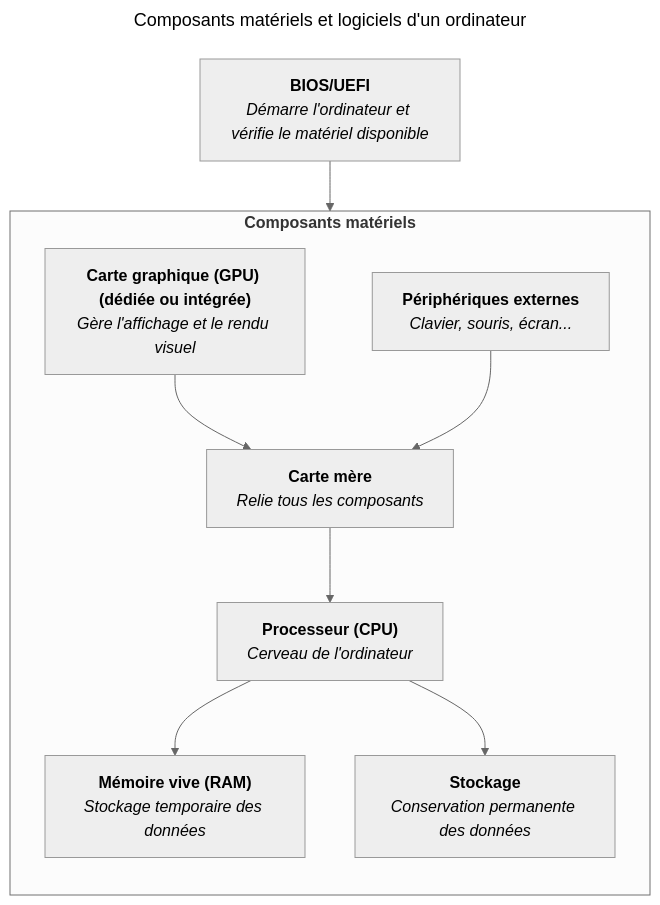
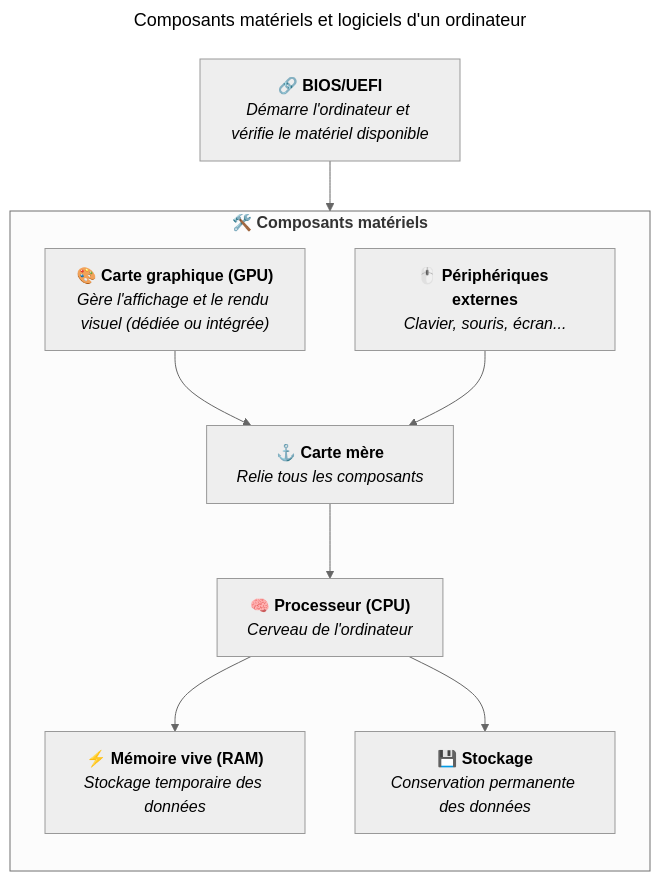
Before and after one commit to heig-vd-upinfo-course/heig-vd-upinfo-course: the diagram in src/content/docs/03-composants-materiels-et-logiciels-dun-ordinateur/08-bios-uefi.mdx, drawn with Mermaid (neutral theme). The commit also changed 26 other files, not shown here.

````diff
--- a/src/content/docs/03-composants-materiels-et-logiciels-dun-ordinateur/08-bios-uefi.mdx
+++ b/src/content/docs/03-composants-materiels-et-logiciels-dun-ordinateur/08-bios-uefi.mdx
@@ -78,46 +78,46 @@
 ```mermaid
 ---
 title: Composants matériels et logiciels d'un ordinateur
 ---
 flowchart
   CPU["`
-    **Processeur (CPU)**
+    **🧠 Processeur (CPU)**
     _Cerveau de l'ordinateur_
   `"]
   RAM["`
-    **Mémoire vive (RAM)**
+    **⚡ Mémoire vive (RAM)**
     _Stockage temporaire des données_
   `"]
   Storage["`
-    **Stockage**
+    **💾 Stockage**
     _Conservation permanente des données_
   `"]
   Motherboard["`
-    **Carte mère**
+    **⚓ Carte mère**
     _Relie tous les composants_
   `"]
   GPU["`
-    **Carte graphique (GPU) (dédiée ou intégrée)**
-    _Gère l'affichage et le rendu visuel_
+    **🎨 Carte graphique (GPU)**
+    _Gère l'affichage et le rendu visuel (dédiée ou intégrée)_
   `"]
   Peripherals["`
-    **Périphériques externes**
+    **🖱️ Périphériques externes**
     _Clavier, souris, écran..._
   `"]
   BIOS_UEFI["`
-    **BIOS/UEFI**
+    **🔗 BIOS/UEFI**
     _Démarre l'ordinateur et vérifie le matériel disponible_
   `"]
 
-  subgraph Hardware["`**Composants matériels**`"]
+  subgraph Hardware["`**🛠️ Composants matériels**`"]
     direction TB
 
     CPU --> RAM
     CPU --> Storage
     Motherboard --> CPU
     GPU --> Motherboard
     Peripherals --> Motherboard
   end
 
   BIOS_UEFI --> Hardware
 ```
````
